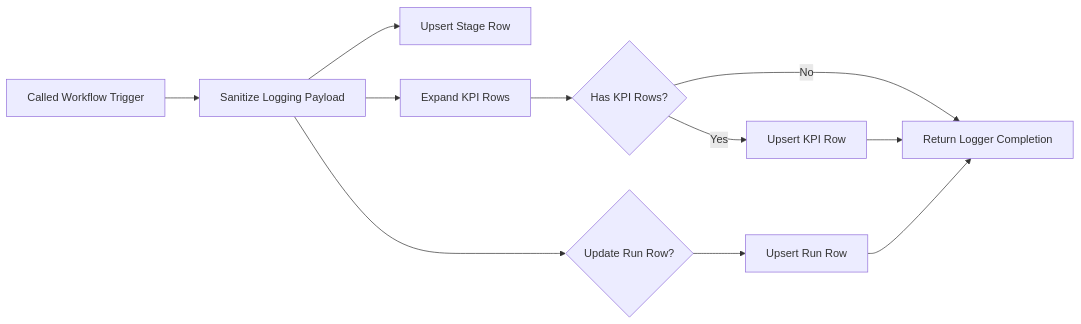
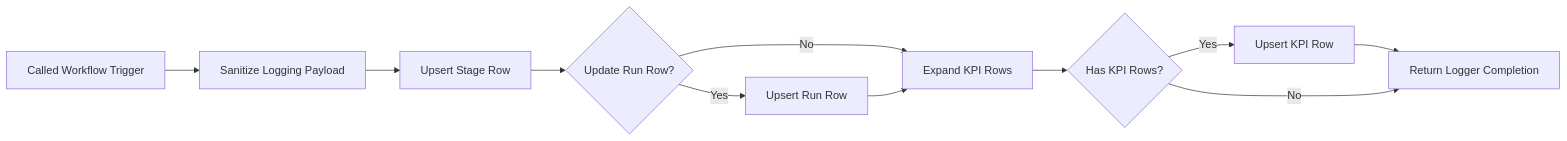
One commit to cizmeli/ga4-ai-analytics-automation changed the diagram in workflows/docs/ga4-project-log-writer.md. Above: the diagram before and after it, drawn with Mermaid. The commit also changed other lines of this file, not shown here.

Commit message:
docs: correct Log Writer serial execution order

```diff
--- a/workflows/docs/ga4-project-log-writer.md
+++ b/workflows/docs/ga4-project-log-writer.md
@@ -28,13 +28,10 @@
 ~~~mermaid
 flowchart LR
-  T[Called Workflow Trigger] --> S[Sanitize Logging Payload]
-  S --> U[Upsert Stage Row]
-  S --> K[Expand KPI Rows]
-  K --> Q{Has KPI Rows?}
-  Q -->|Yes| KP[Upsert KPI Row]
-  Q -->|No| C[Return Logger Completion]
-  KP --> C
-  S --> RQ{Update Run Row?}
-  RQ --> RU[Upsert Run Row]
-  RU --> C
+  T[Called Workflow Trigger] --> S[Sanitize Logging Payload] --> U[Upsert Stage Row] --> RQ{Update Run Row?}
+  RQ -->|Yes| RU[Upsert Run Row]
+  RQ -->|No| K[Expand KPI Rows]
+  RU --> K
+  K --> HQ{Has KPI Rows?}
+  HQ -->|Yes| KP[Upsert KPI Row] --> C[Return Logger Completion]
+  HQ -->|No| C
 ~~~
```
